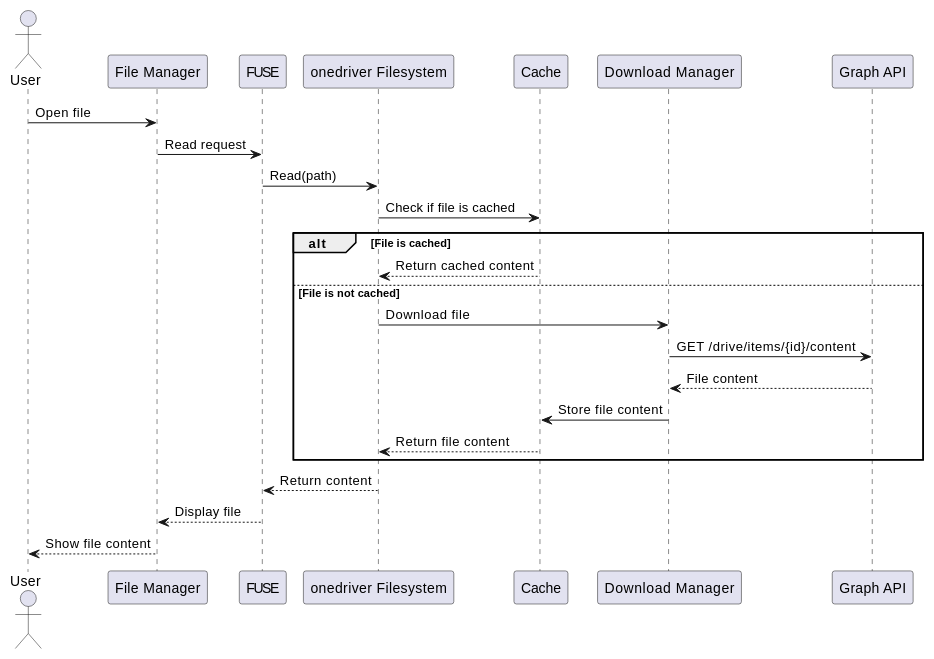
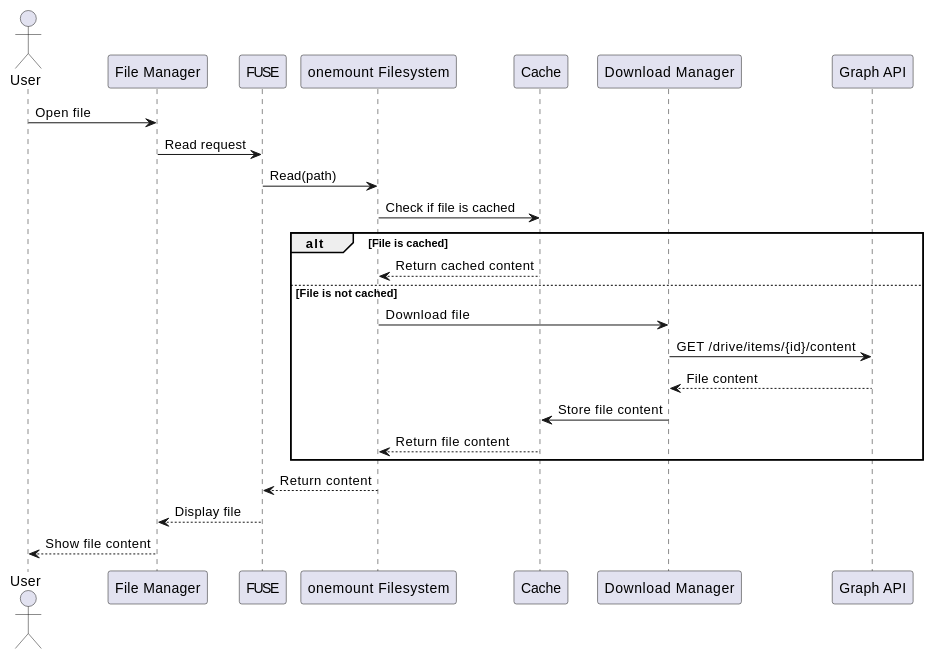
Before and after one commit to Auriora/OneMount: the third of 4 diagrams in docs/design/software-architecture-specification.md, drawn with PlantUML. The commit also changed other lines of this file and 140 other files, not shown here.

````diff
--- a/docs/design/software-architecture-specification.md
+++ b/docs/design/software-architecture-specification.md
@@ -370,28 +370,28 @@
 ```plantuml
 @startuml
 actor User
 participant "File Manager" as FM
 participant "FUSE" as FUSE
-participant "onedriver Filesystem" as FS
+participant "onemount Filesystem" as FS
 participant "Cache" as Cache
 participant "Download Manager" as DM
 participant "Graph API" as API
 
 User -> FM: Open file
 FM -> FUSE: Read request
 FUSE -> FS: Read(path)
 FS -> Cache: Check if file is cached
 alt File is cached
     Cache --> FS: Return cached content
 else File is not cached
     FS -> DM: Download file
     DM -> API: GET /drive/items/{id}/content
     API --> DM: File content
     DM -> Cache: Store file content
     Cache --> FS: Return file content
 end
 FS --> FUSE: Return content
 FUSE --> FM: Display file
 FM --> User: Show file content
 @enduml
 ```
````
